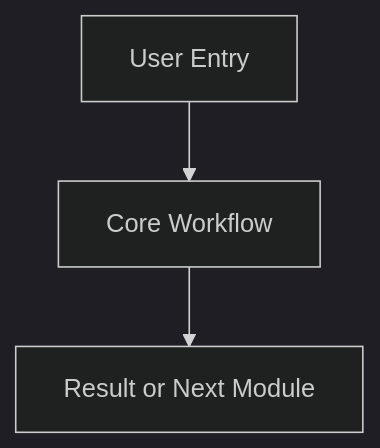
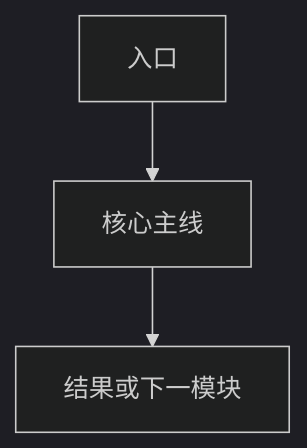
One commit to husinglemon-art/TMS_Shipper changed the diagram in 01_Master_Documents/PRD_Master.md. Above: the diagram before and after it, drawn with Mermaid (dark theme). The commit also changed other lines of this file and 10 other files, not shown here.

````diff
--- a/01_Master_Documents/PRD_Master.md
+++ b/01_Master_Documents/PRD_Master.md
@@ -61,5 +60,5 @@
 ```mermaid
 graph TD
-    A[User Entry] --> B[Core Workflow]
-    B --> C[Result or Next Module]
+    A[入口] --> B[核心主线]
+    B --> C[结果或下一模块]
 ```
````
